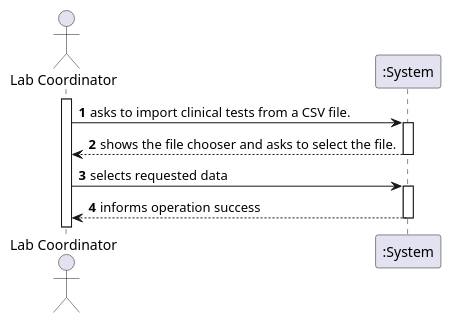
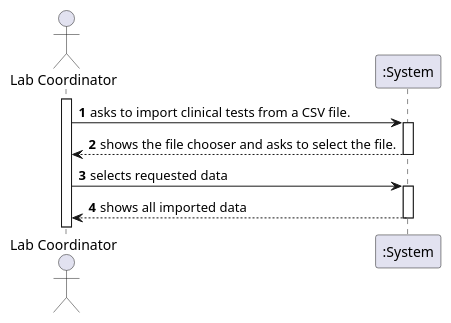
The diagram in docs/SprintD/US_17/US17_SSD.puml (ana-albergaria/LAPR2-ISEP), drawn with PlantUML before and after one commit. The commit also changed 9 other files, not shown here.

Commit message:
updating requirements of user story 17 and start fixing its diagrams

```diff
--- a/docs/SprintD/US_17/US17_SSD.puml
+++ b/docs/SprintD/US_17/US17_SSD.puml
@@ -1,18 +1,18 @@
 @startuml
 
 autonumber
 actor "Lab Coordinator" as MLT
 
 activate MLT
 MLT -> ":System" :  asks to import clinical tests from a CSV file.
 activate ":System"
 ":System" --> MLT : shows the file chooser and asks to select the file.
 deactivate ":System"
 
 MLT -> ":System" : selects requested data
 activate ":System"
 
-":System" --> MLT : informs operation success
+":System" --> MLT : shows all imported data
 deactivate ":System"
 
 @enduml
```
